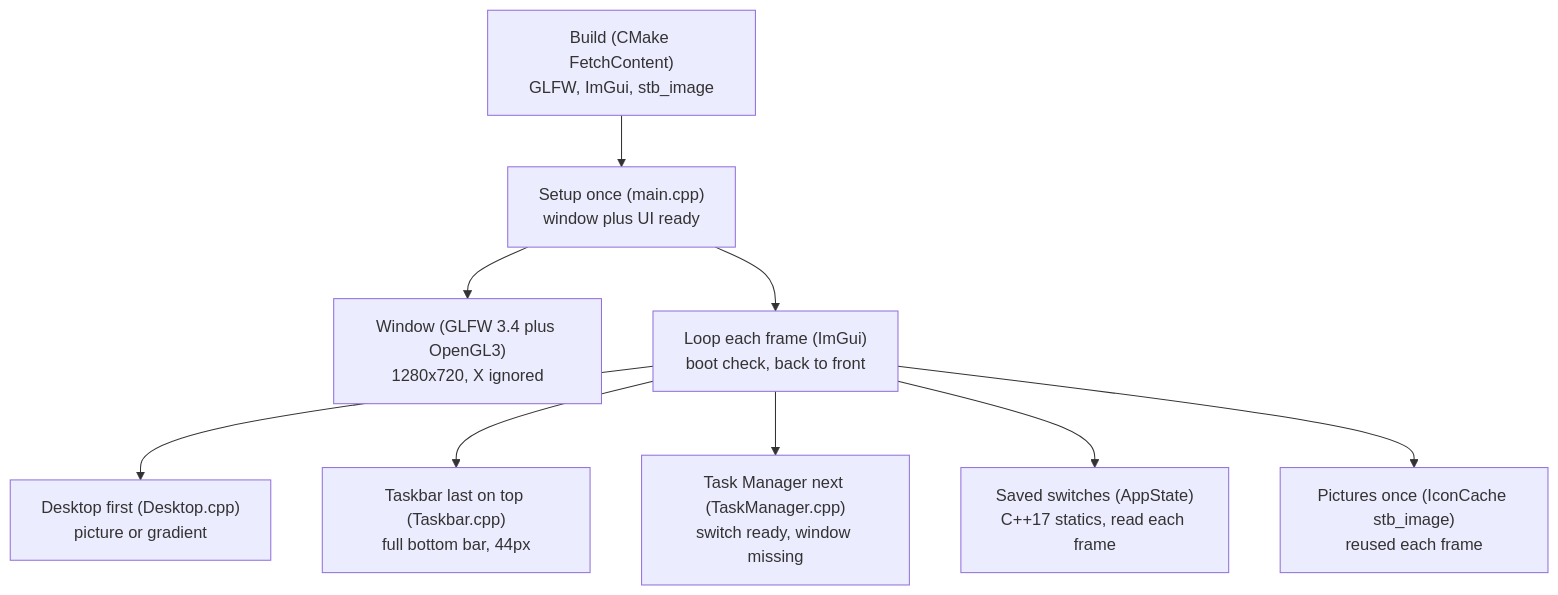
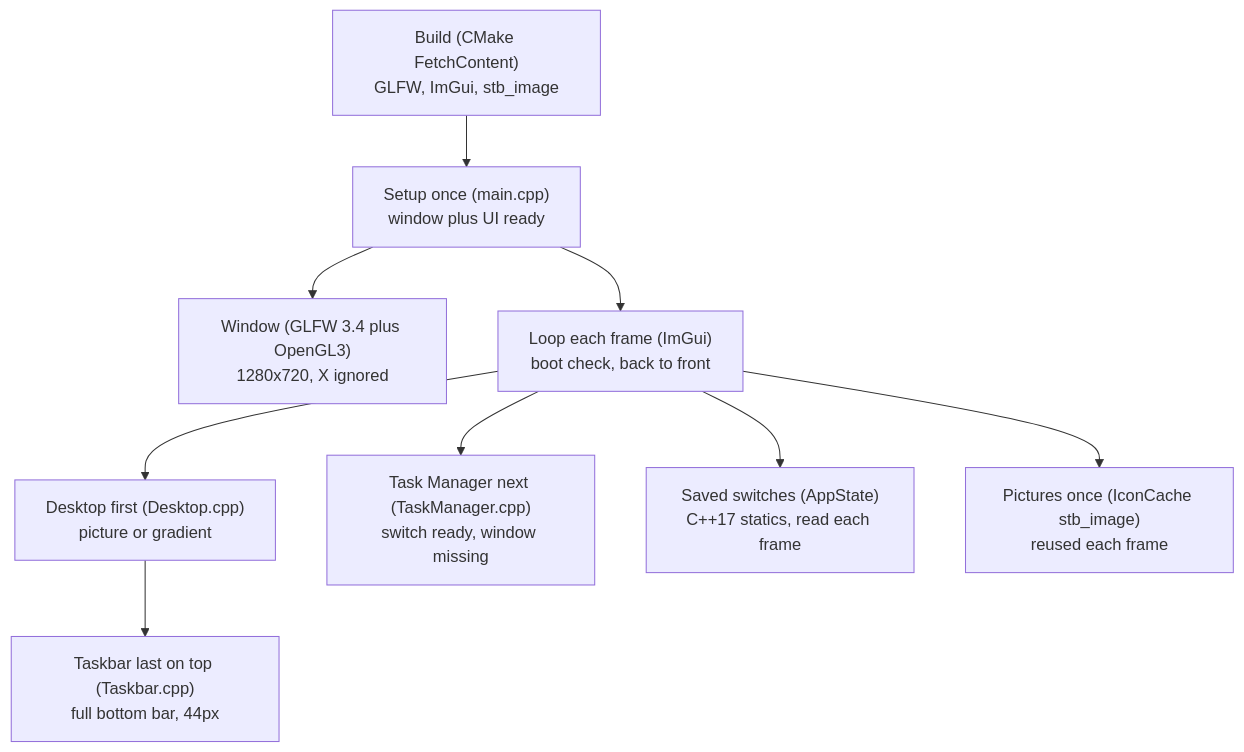
One commit to mbchavez27/desktop-style-mockup changed the second of 2 diagrams in docs/architecture.md. Above: the diagram before and after it, drawn with Mermaid. The commit also changed other lines of this file and 3 other files, not shown here.

Commit message:
docs(architecture): use transparent PNG exports and chained render order

````diff
--- a/docs/architecture.md
+++ b/docs/architecture.md
@@ -51,11 +51,11 @@
 ```mermaid
 flowchart TB
     Init["Setup once (main.cpp)<br/>window plus UI ready"] --> Win["Window (GLFW 3.4 plus OpenGL3)<br/>1280x720, X ignored"]
     Init --> Loop["Loop each frame (ImGui)<br/>boot check, back to front"]
     Loop --> Desk2["Desktop first (Desktop.cpp)<br/>picture or gradient"]
-    Loop --> Bar2["Taskbar last on top (Taskbar.cpp)<br/>full bottom bar, 44px"]
+    Desk2 --> Bar2["Taskbar last on top (Taskbar.cpp)<br/>full bottom bar, 44px"]
     Loop --> Mgr2["Task Manager next (TaskManager.cpp)<br/>switch ready, window missing"]
     Loop --> State2["Saved switches (AppState)<br/>C++17 statics, read each frame"]
     Loop --> Pics["Pictures once (IconCache stb_image)<br/>reused each frame"]
     Build["Build (CMake FetchContent)<br/>GLFW, ImGui, stb_image"] --> Init
 ```
````
